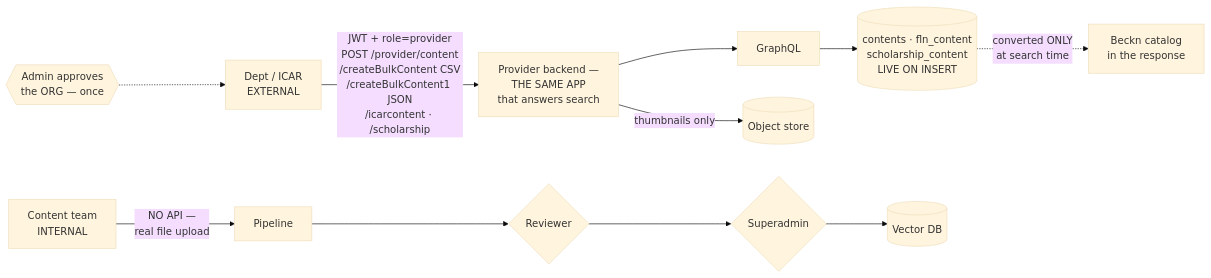
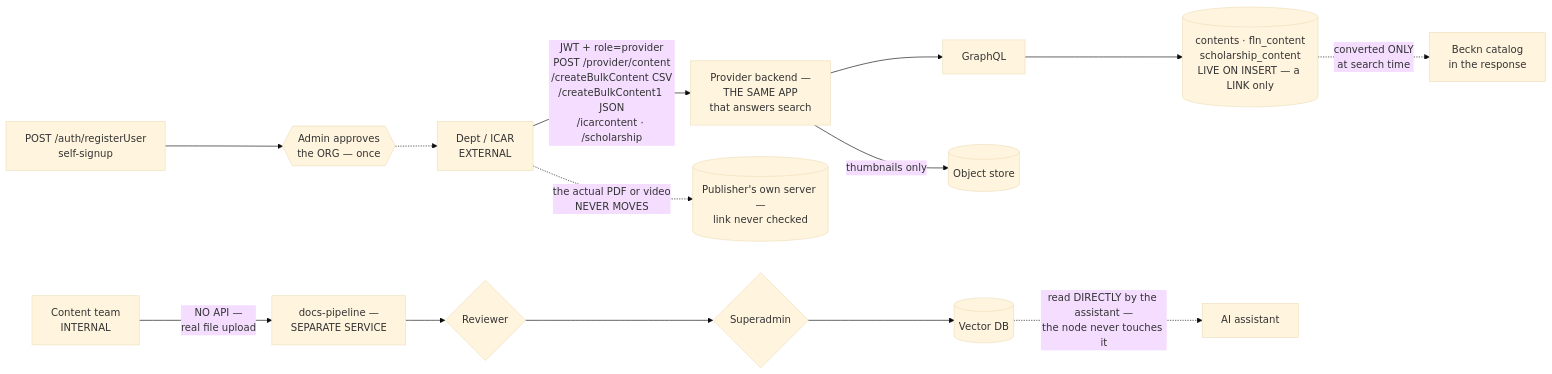
One commit to manjudr/documents changed the second of 5 diagrams in ARCHITECTURE.md. Above: the diagram before and after it, drawn with Mermaid (base theme). The commit also changed other lines of this file, not shown here.

Commit message:
Complete publish diagram: signup, external file host, separate pipeline repo, vector DB consumer

````diff
--- a/ARCHITECTURE.md
+++ b/ARCHITECTURE.md
@@ -154,12 +154,15 @@
 ```mermaid
 graph LR
-  ADM{{"Admin approves<br/>the ORG — once"}} -.-> D
+  REG["POST /auth/registerUser<br/>self-signup"] --> ADM{{"Admin approves<br/>the ORG — once"}}
+  ADM -.-> D
   D["Dept / ICAR<br/>EXTERNAL"] -->|"JWT + role=provider<br/>POST /provider/content<br/>/createBulkContent CSV<br/>/createBulkContent1 JSON<br/>/icarcontent · /scholarship"| API["Provider backend —<br/>THE SAME APP<br/>that answers search"]
+  D -.->|"the actual PDF or video<br/>NEVER MOVES"| HOST[("Publisher's own server —<br/>link never checked")]
   API --> G["GraphQL"]
-  G --> DB[("contents · fln_content<br/>scholarship_content<br/>LIVE ON INSERT")]
+  G --> DB[("contents · fln_content<br/>scholarship_content<br/>LIVE ON INSERT — a LINK only")]
   API -->|"thumbnails only"| S3[("Object store")]
   DB -.->|"converted ONLY<br/>at search time"| B["Beckn catalog<br/>in the response"]
 
-  T["Content team<br/>INTERNAL"] -->|"NO API —<br/>real file upload"| P["Pipeline"]
+  T["Content team<br/>INTERNAL"] -->|"NO API —<br/>real file upload"| P["docs-pipeline —<br/>SEPARATE SERVICE"]
   P --> R{"Reviewer"} --> SU{"Superadmin"} --> V[("Vector DB")]
+  V -.->|"read DIRECTLY by the assistant —<br/>the node never touches it"| AI["AI assistant"]
 ```
````
